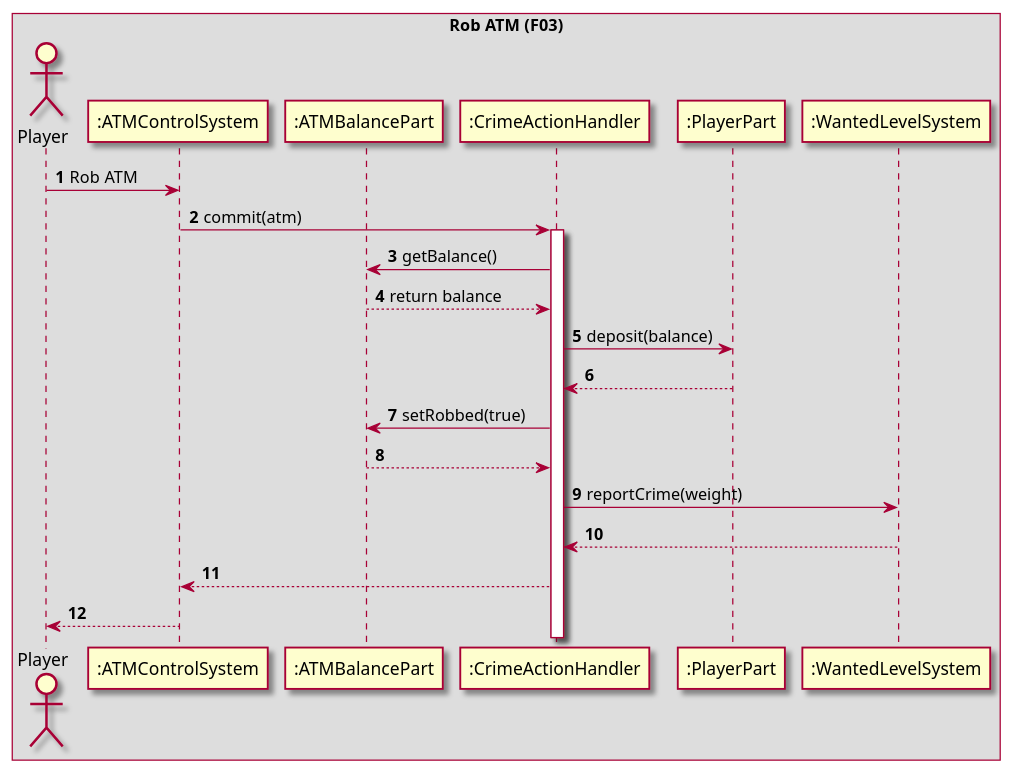
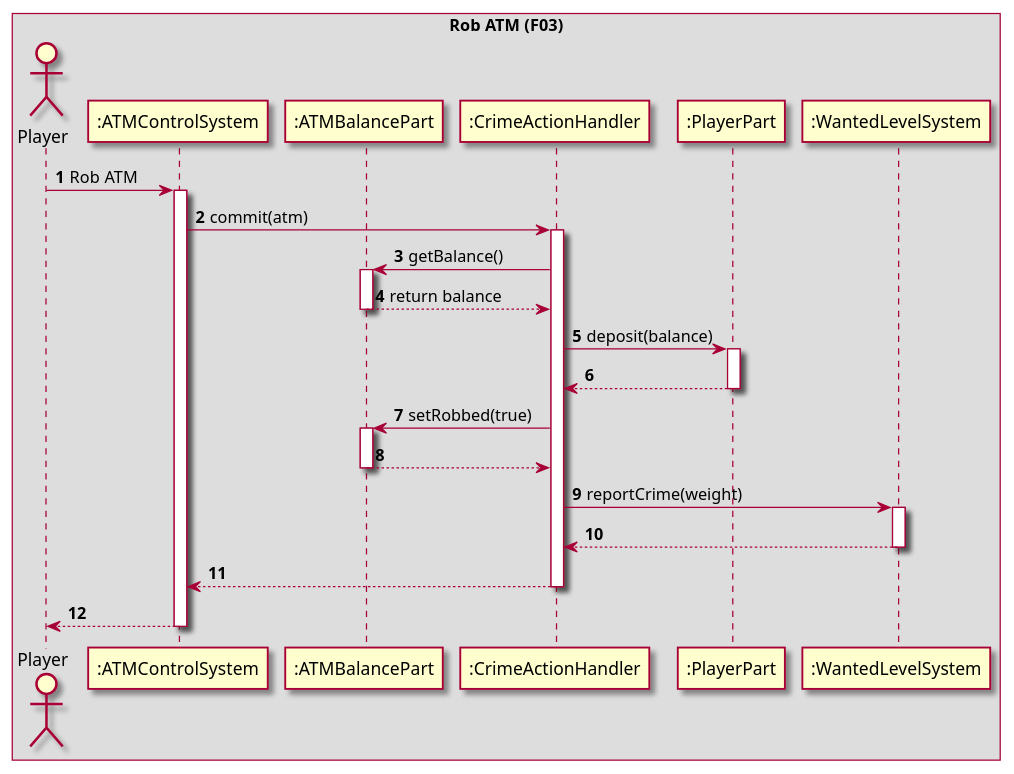
One commit to amatzen/SE04-SE-G09-SPRO changed the diagram in uml/sequence_diagrams/operation/F03_Rob_ATM.puml. Above: the diagram before and after it, drawn with PlantUML.

Commit message:
added activations

```diff
--- a/uml/sequence_diagrams/operation/F03_Rob_ATM.puml
+++ b/uml/sequence_diagrams/operation/F03_Rob_ATM.puml
@@ -1,37 +1,48 @@
 @startuml
 'https://plantuml.com/sequence-diagram
 skin rose
 autonumber
 
 box Rob ATM (F03)
     actor "Player" as player
     participant ":ATMControlSystem" as atmcs
     participant ":ATMBalancePart" as atmbp
     participant ":CrimeActionHandler" as crime
     participant ":PlayerPart" as playerpart
     participant ":WantedLevelSystem" as wls
 end box
 
 player -> atmcs : Rob ATM
+activate atmcs
 atmcs -> crime : commit(atm)
 activate crime
 
 crime -> atmbp : getBalance()
+activate atmbp
 atmbp --> crime : return balance
+deactivate atmbp
 
 crime -> playerpart : deposit(balance)
+activate playerpart
 playerpart --> crime
+deactivate playerpart
 
 crime -> atmbp : setRobbed(true)
+activate atmbp
 atmbp --> crime
+deactivate atmbp
 
 crime -> wls : reportCrime(weight)
+activate wls
 wls --> crime
+deactivate wls
 
 crime --> atmcs
+deactivate crime
 atmcs --> player
+deactivate atmcs
 
 
 
 
 @enduml
```
